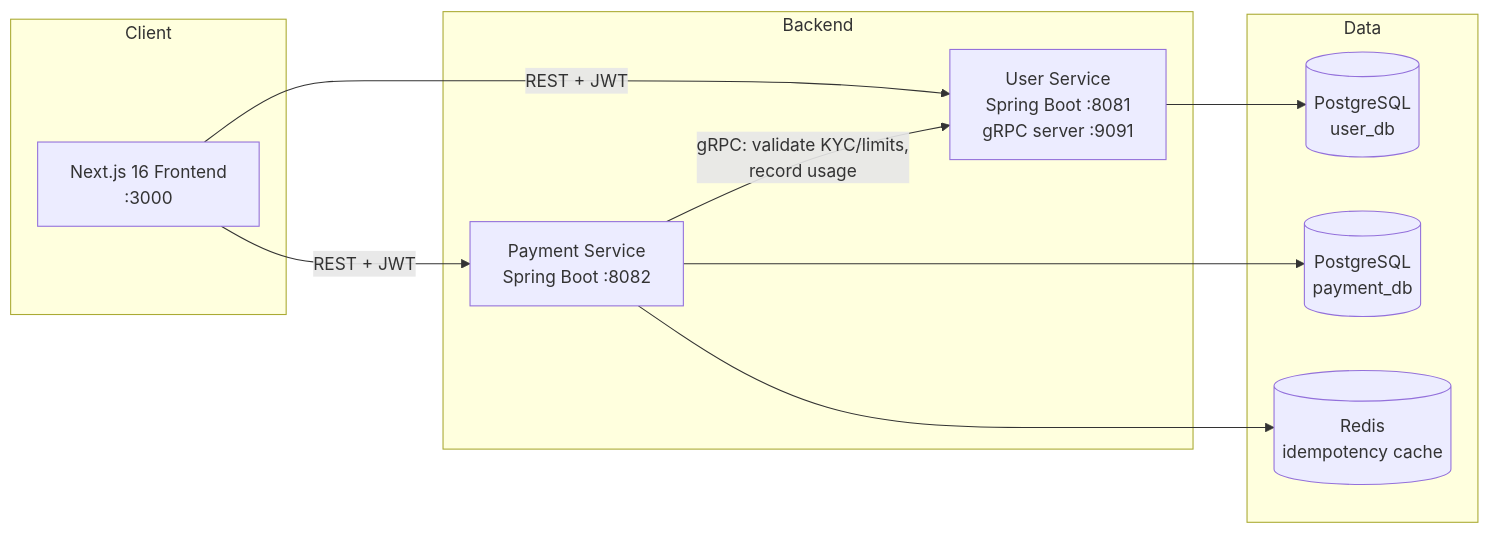
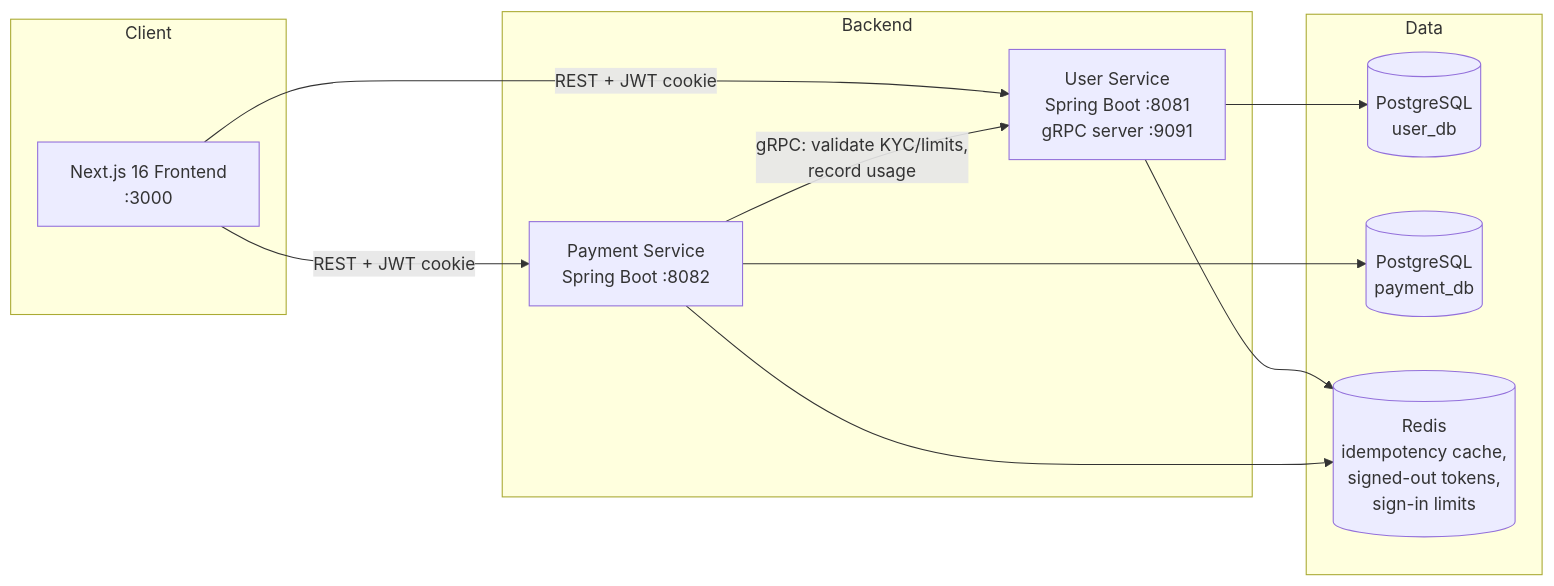
The diagram in README.md (nmihtuna204/Xupay), drawn with Mermaid before and after one commit. The commit also changed other lines of this file and 13 other files, not shown here.

````diff
--- a/README.md
+++ b/README.md
@@ -25,24 +25,25 @@
 ```mermaid
 flowchart LR
     subgraph Client
         FE["Next.js 16 Frontend<br/>:3000"]
     end
 
     subgraph Backend
         US["User Service<br/>Spring Boot :8081<br/>gRPC server :9091"]
         PS["Payment Service<br/>Spring Boot :8082"]
     end
 
     subgraph Data
         UDB[("PostgreSQL<br/>user_db")]
         PDB[("PostgreSQL<br/>payment_db")]
-        RD[("Redis<br/>idempotency cache")]
+        RD[("Redis<br/>idempotency cache,<br/>signed-out tokens,<br/>sign-in limits")]
     end
 
-    FE -- "REST + JWT" --> US
-    FE -- "REST + JWT" --> PS
+    FE -- "REST + JWT cookie" --> US
+    FE -- "REST + JWT cookie" --> PS
     PS -- "gRPC: validate KYC/limits,<br/>record usage" --> US
     US --> UDB
     PS --> PDB
+    US --> RD
     PS --> RD
 ```
````
